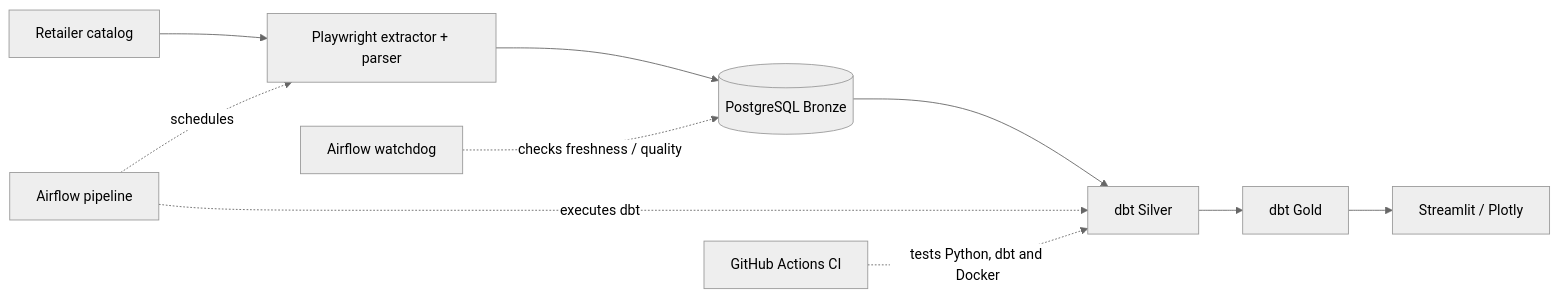
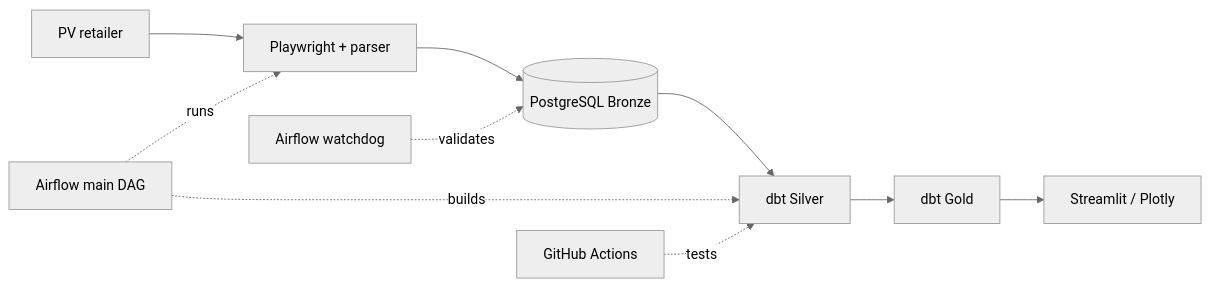
One commit to Dragozden/E2E-Solar-Scrapper changed the diagram in README.md. Above: the diagram before and after it, drawn with Mermaid (neutral theme). The commit also changed other lines of this file, not shown here.

Commit message:
docs: update project architecture and operational guides

````diff
--- a/README.md
+++ b/README.md
@@ -34,12 +33,12 @@
 ```mermaid
 flowchart LR
-    S[Retailer catalog] --> E[Playwright extractor + parser]
-    E --> B[(PostgreSQL Bronze)]
-    B --> T[dbt Silver]
-    T --> G[dbt Gold]
-    G --> U[Streamlit / Plotly]
-    A[Airflow pipeline] -. schedules .-> E
-    A -. executes dbt .-> T
-    W[Airflow watchdog] -. checks freshness / quality .-> B
-    C[GitHub Actions CI] -. tests Python, dbt and Docker .-> T
+    Store[PV retailer] --> Scraper[Playwright + parser]
+    Scraper --> Bronze[(PostgreSQL Bronze)]
+    Bronze --> Silver[dbt Silver]
+    Silver --> Gold[dbt Gold]
+    Gold --> UI[Streamlit / Plotly]
+    Airflow[Airflow main DAG] -. runs .-> Scraper
+    Airflow -. builds .-> Silver
+    Watchdog[Airflow watchdog] -. validates .-> Bronze
+    CI[GitHub Actions] -. tests .-> Silver
 ```
````
